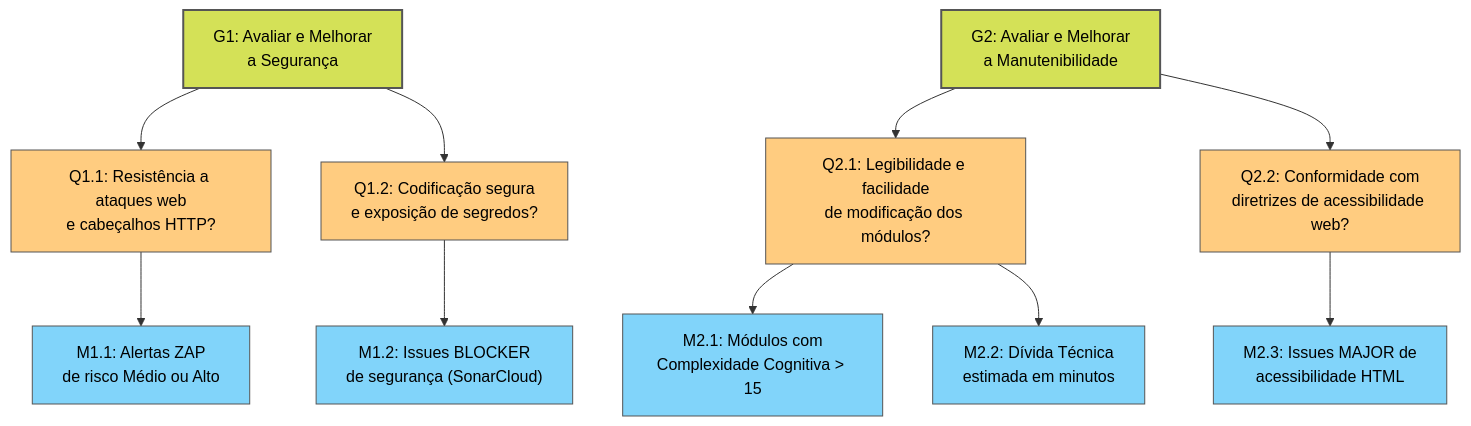
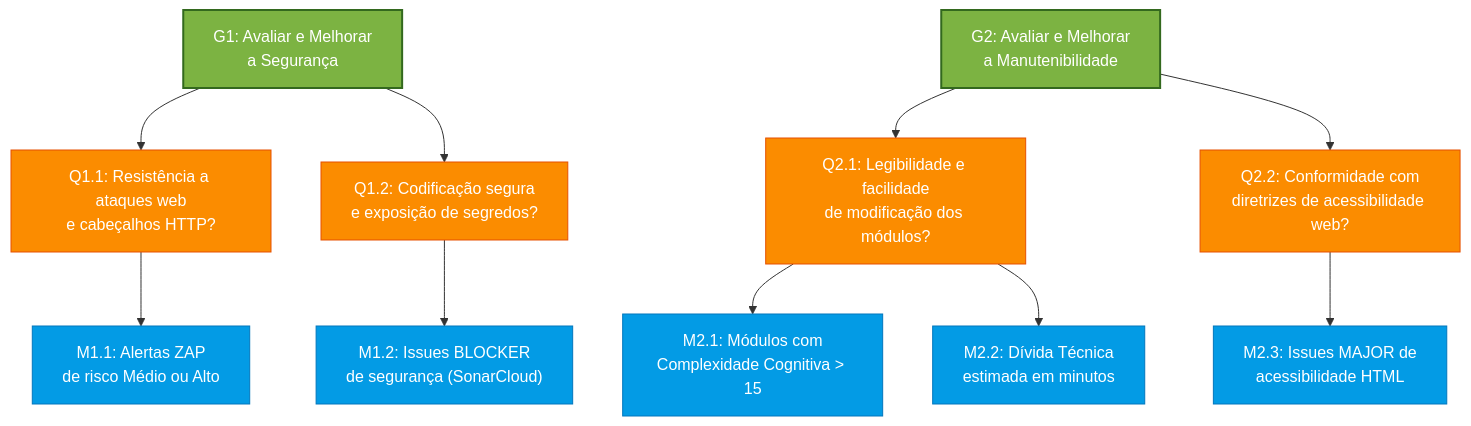
One commit to FCTE-Qualidade-de-Software-1/2026-1_T01_KAY_MCNULTY changed the diagram in docs/fases/fase2/gqm-objetivos.md. Above: the diagram before and after it, drawn with Mermaid.

Commit message:
fix: melhora contraste das cores do diagrama Mermaid GQM

````diff
--- a/docs/fases/fase2/gqm-objetivos.md
+++ b/docs/fases/fase2/gqm-objetivos.md
@@ -71,35 +71,35 @@
 ```mermaid
 graph TD
     G1["G1: Avaliar e Melhorar<br/>a Segurança"]
     G2["G2: Avaliar e Melhorar<br/>a Manutenibilidade"]
 
     Q11["Q1.1: Resistência a ataques web<br/>e cabeçalhos HTTP?"]
     Q12["Q1.2: Codificação segura<br/>e exposição de segredos?"]
     Q21["Q2.1: Legibilidade e facilidade<br/>de modificação dos módulos?"]
     Q22["Q2.2: Conformidade com<br/>diretrizes de acessibilidade web?"]
 
     G1 --> Q11
     G1 --> Q12
     G2 --> Q21
     G2 --> Q22
 
     M11["M1.1: Alertas ZAP<br/>de risco Médio ou Alto"]
     M12["M1.2: Issues BLOCKER<br/>de segurança (SonarCloud)"]
     M21["M2.1: Módulos com<br/>Complexidade Cognitiva > 15"]
     M22["M2.2: Dívida Técnica<br/>estimada em minutos"]
     M23["M2.3: Issues MAJOR de<br/>acessibilidade HTML"]
 
     Q11 --> M11
     Q12 --> M12
     Q21 --> M21
     Q21 --> M22
     Q22 --> M23
 
-    classDef goal fill:#d4e157,stroke:#555,stroke-width:2px,color:#000;
-    classDef question fill:#ffcc80,stroke:#555,stroke-width:1px,color:#000;
-    classDef metric fill:#81d4fa,stroke:#555,stroke-width:1px,color:#000;
+    classDef goal fill:#7cb342,stroke:#33691e,stroke-width:2px,color:#fff;
+    classDef question fill:#fb8c00,stroke:#e65100,stroke-width:1px,color:#fff;
+    classDef metric fill:#039be5,stroke:#0277bd,stroke-width:1px,color:#fff;
 
     class G1,G2 goal;
     class Q11,Q12,Q21,Q22 question;
     class M11,M12,M21,M22,M23 metric;
 ```
````
